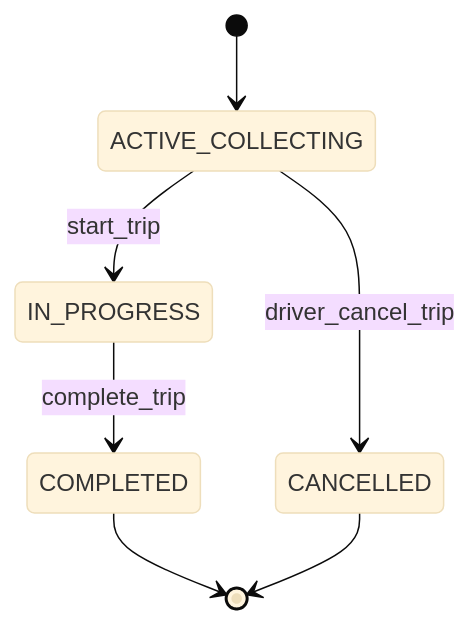
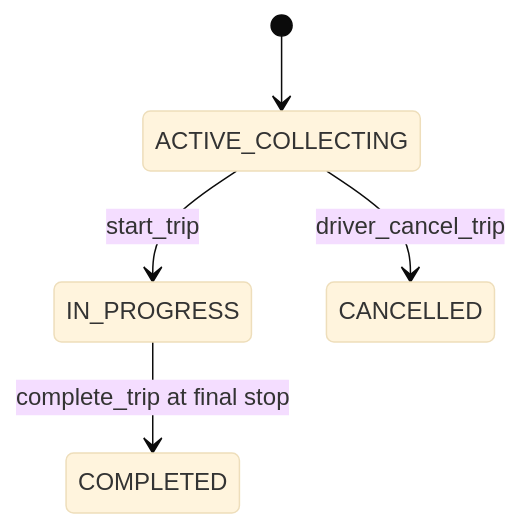
One commit to rajeevbackup42112-coder/raahimini changed the third of 5 diagrams in docs/RAAHI_MASTER_ARCHITECTURE.md. Above: the diagram before and after it, drawn with Mermaid (base theme). The commit also changed other lines of this file, not shown here.

Commit message:
Consolidate Raahi canonical architecture

````diff
--- a/docs/RAAHI_MASTER_ARCHITECTURE.md
+++ b/docs/RAAHI_MASTER_ARCHITECTURE.md
@@ -167,9 +153,7 @@
 ```mermaid
 stateDiagram-v2
     [*] --> ACTIVE_COLLECTING
     ACTIVE_COLLECTING --> IN_PROGRESS : start_trip
     ACTIVE_COLLECTING --> CANCELLED : driver_cancel_trip
-    IN_PROGRESS --> COMPLETED : complete_trip
-    COMPLETED --> [*]
-    CANCELLED --> [*]
+    IN_PROGRESS --> COMPLETED : complete_trip at final stop
 ```
````
